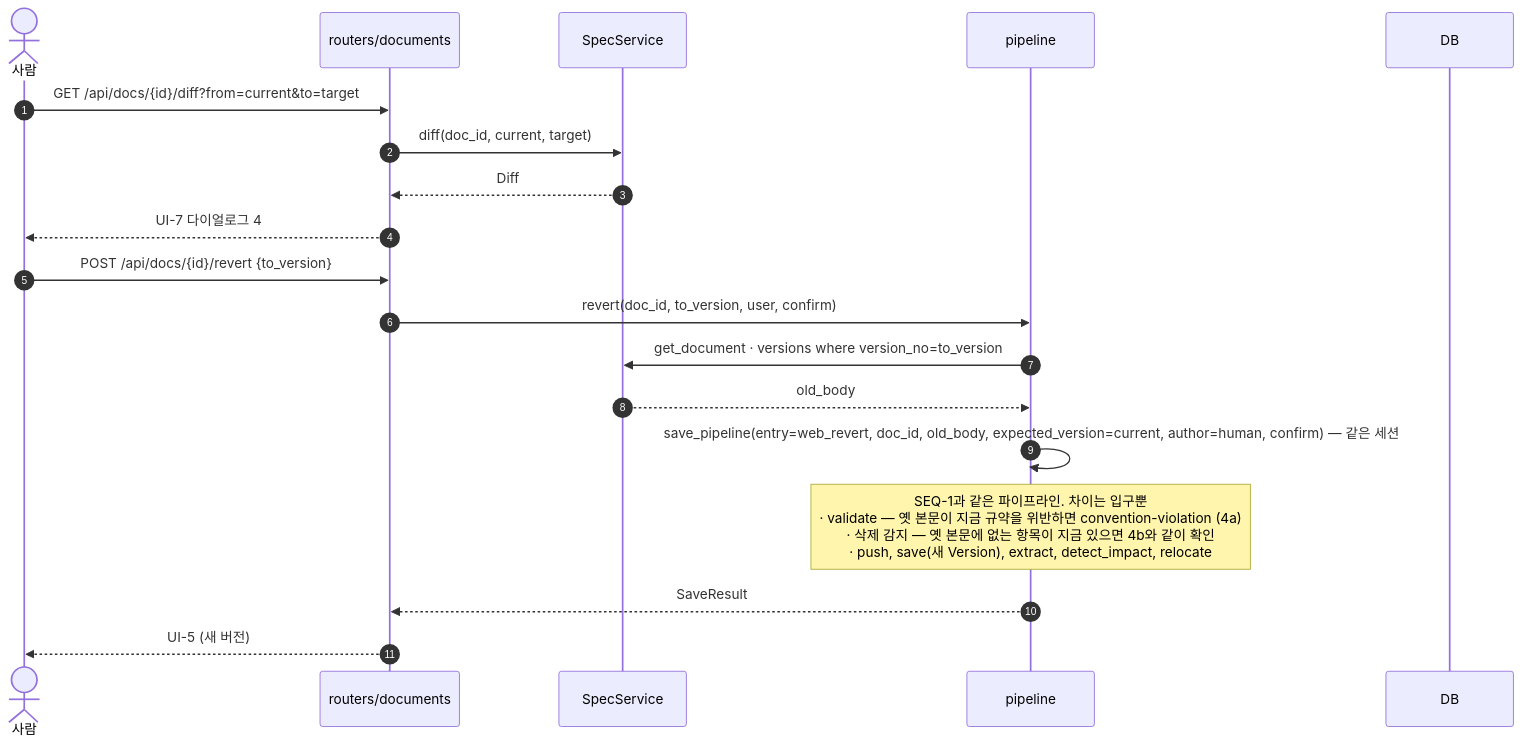
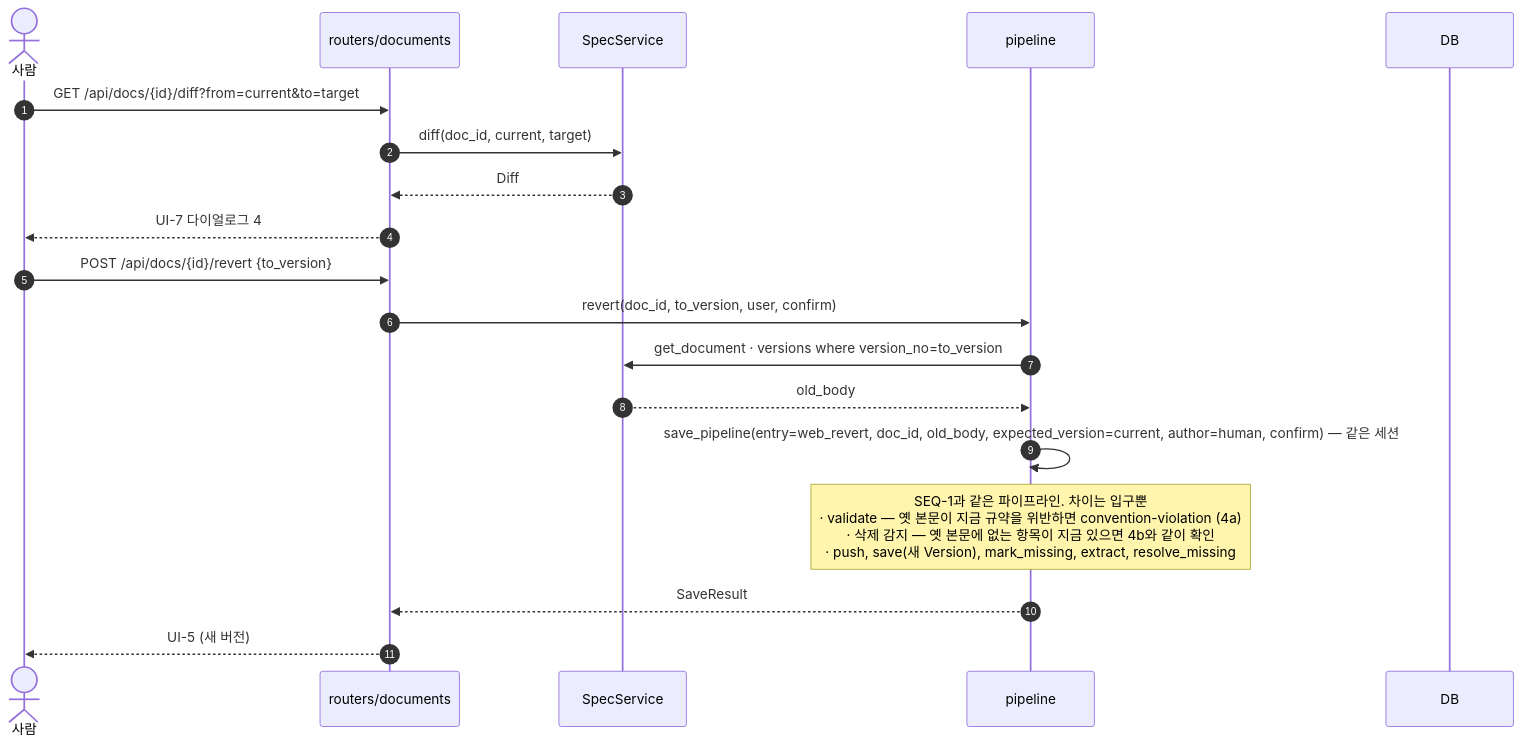
One commit to HoyoungParkme/syncdoc changed the fifth of 22 diagrams in docs/specs/09-SEQ/SYNC-SEQ-001.md. Above: the diagram before and after it, drawn with Mermaid. The commit also changed other lines of this file and 100 other files, not shown here.

````diff
--- a/docs/specs/09-SEQ/SYNC-SEQ-001.md
+++ b/docs/specs/09-SEQ/SYNC-SEQ-001.md
@@ -517,23 +365,23 @@
 ```mermaid
 sequenceDiagram
     autonumber
     actor U as 사람
     participant RD as routers/documents
     participant S as SpecService
     participant P as pipeline
     participant DB
 
     U->>RD: GET /api/docs/{id}/diff?from=current&to=target
     RD->>S: diff(doc_id, current, target)
     S-->>RD: Diff
     RD-->>U: UI-7 다이얼로그 4
 
     U->>RD: POST /api/docs/{id}/revert {to_version}
     RD->>P: revert(doc_id, to_version, user, confirm)
     P->>S: get_document · versions where version_no=to_version
     S-->>P: old_body
     P->>P: save_pipeline(entry=web_revert, doc_id, old_body, expected_version=current, author=human, confirm) — 같은 세션
-    Note over P: SEQ-1과 같은 파이프라인. 차이는 입구뿐<br/>· validate — 옛 본문이 지금 규약을 위반하면 convention-violation (4a)<br/>· 삭제 감지 — 옛 본문에 없는 항목이 지금 있으면 4b와 같이 확인<br/>· push, save(새 Version), extract, detect_impact, relocate
+    Note over P: SEQ-1과 같은 파이프라인. 차이는 입구뿐<br/>· validate — 옛 본문이 지금 규약을 위반하면 convention-violation (4a)<br/>· 삭제 감지 — 옛 본문에 없는 항목이 지금 있으면 4b와 같이 확인<br/>· push, save(새 Version), mark_missing, extract, resolve_missing
     P-->>RD: SaveResult
     RD-->>U: UI-5 (새 버전)
 ```
````
